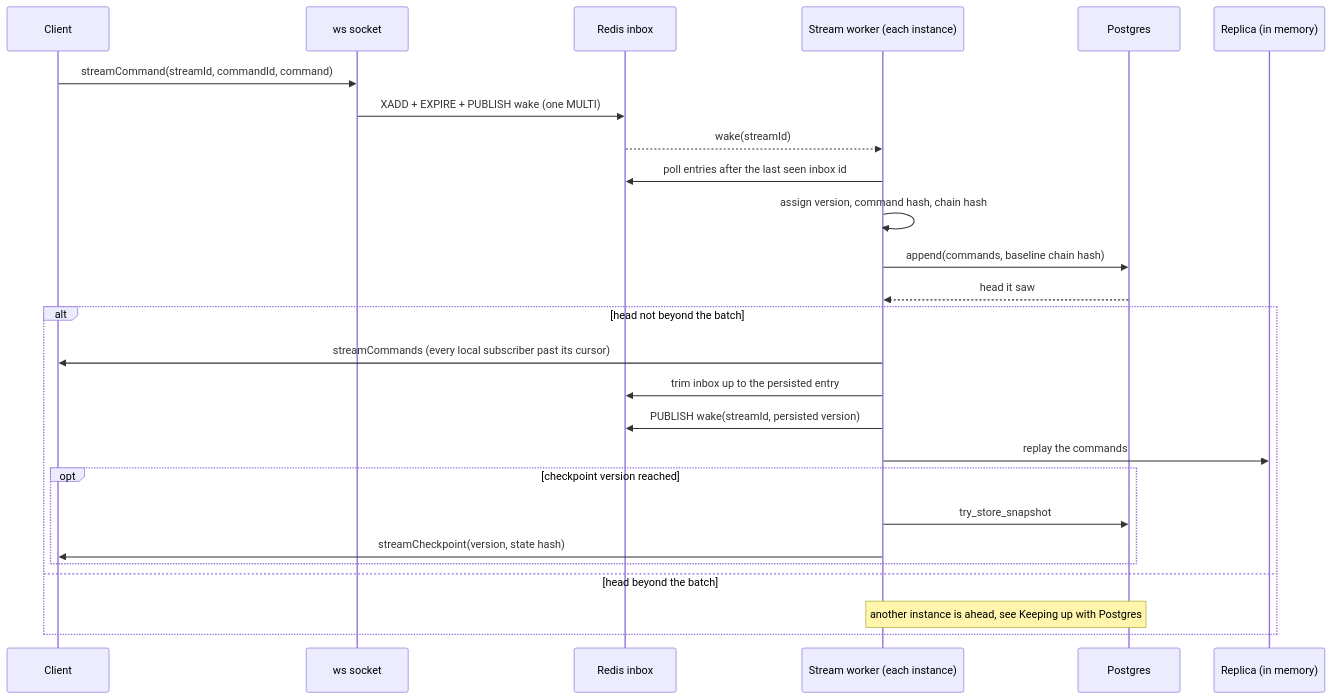
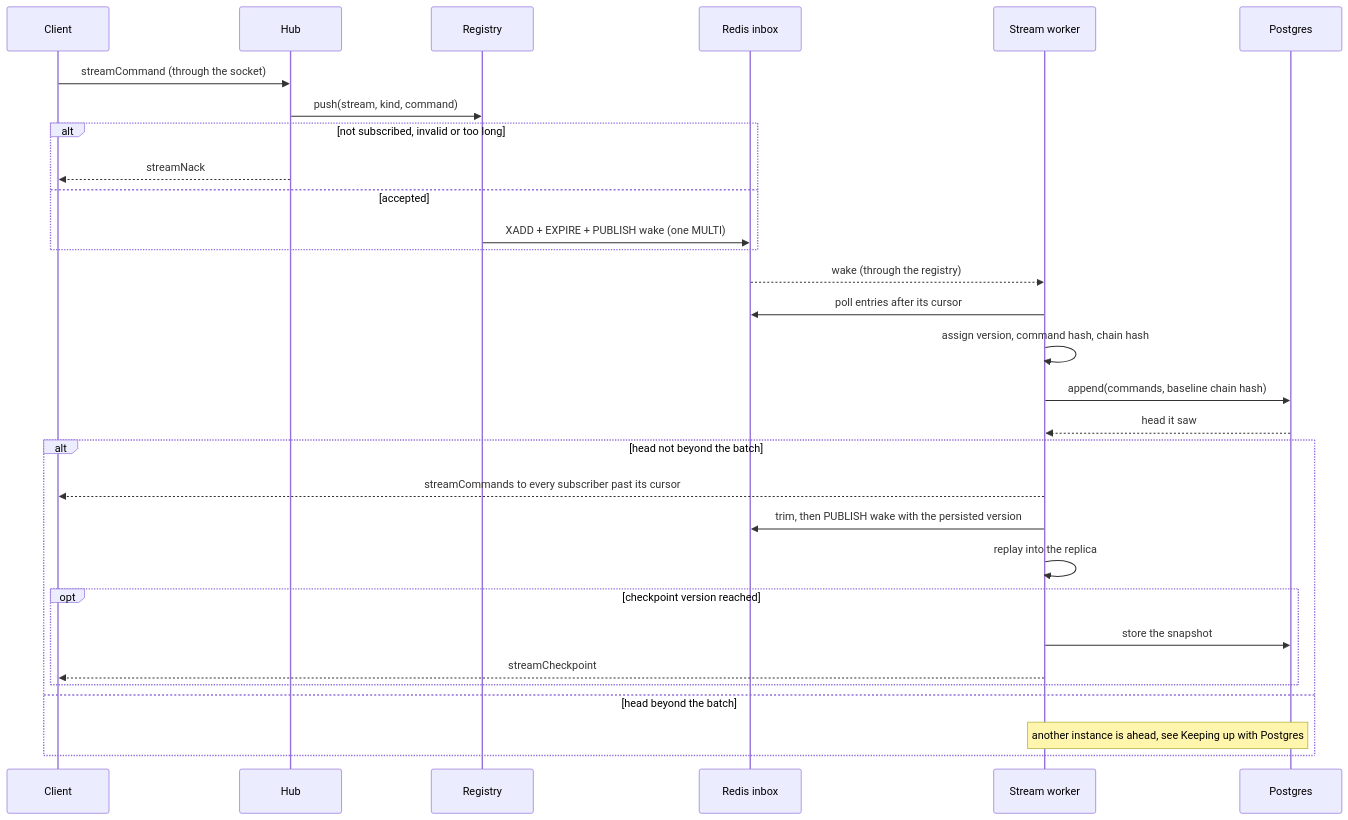
One commit to gzp79/shine-services changed the third of 7 diagrams in docs/services/builder/hub.md. Above: the diagram before and after it, drawn with Mermaid. The commit also changed other lines of this file, not shown here.

````diff
--- a/docs/services/builder/hub.md
+++ b/docs/services/builder/hub.md
@@ -56,29 +86,33 @@
 ```mermaid
 sequenceDiagram
     participant C as Client
-    participant W as ws socket
+    participant H as Hub
+    participant R as Registry
     participant X as Redis inbox
-    participant S as Stream worker (each instance)
+    participant W as Stream worker
     participant P as Postgres
-    participant R as Replica (in memory)
 
-    C->>W: streamCommand(streamId, commandId, command)
-    W->>X: XADD + EXPIRE + PUBLISH wake (one MULTI)
-    X-->>S: wake(streamId)
-    S->>X: poll entries after the last seen inbox id
-    S->>S: assign version, command hash, chain hash
-    S->>P: append(commands, baseline chain hash)
-    P-->>S: head it saw
+    C->>H: streamCommand (through the socket)
+    H->>R: push(stream, kind, command)
+    alt not subscribed, invalid or too long
+        H-->>C: streamNack
+    else accepted
+        R->>X: XADD + EXPIRE + PUBLISH wake (one MULTI)
+    end
+    X-->>W: wake (through the registry)
+    W->>X: poll entries after its cursor
+    W->>W: assign version, command hash, chain hash
+    W->>P: append(commands, baseline chain hash)
+    P-->>W: head it saw
     alt head not beyond the batch
-        S->>C: streamCommands (every local subscriber past its cursor)
-        S->>X: trim inbox up to the persisted entry
-        S->>X: PUBLISH wake(streamId, persisted version)
-        S->>R: replay the commands
+        W-->>C: streamCommands to every subscriber past its cursor
+        W->>X: trim, then PUBLISH wake with the persisted version
+        W->>W: replay into the replica
         opt checkpoint version reached
-            S->>P: try_store_snapshot
-            S->>C: streamCheckpoint(version, state hash)
+            W->>P: store the snapshot
+            W-->>C: streamCheckpoint
         end
     else head beyond the batch
-        Note over S,P: another instance is ahead, see Keeping up with Postgres
+        Note over W,P: another instance is ahead, see Keeping up with Postgres
     end
 ```
````
